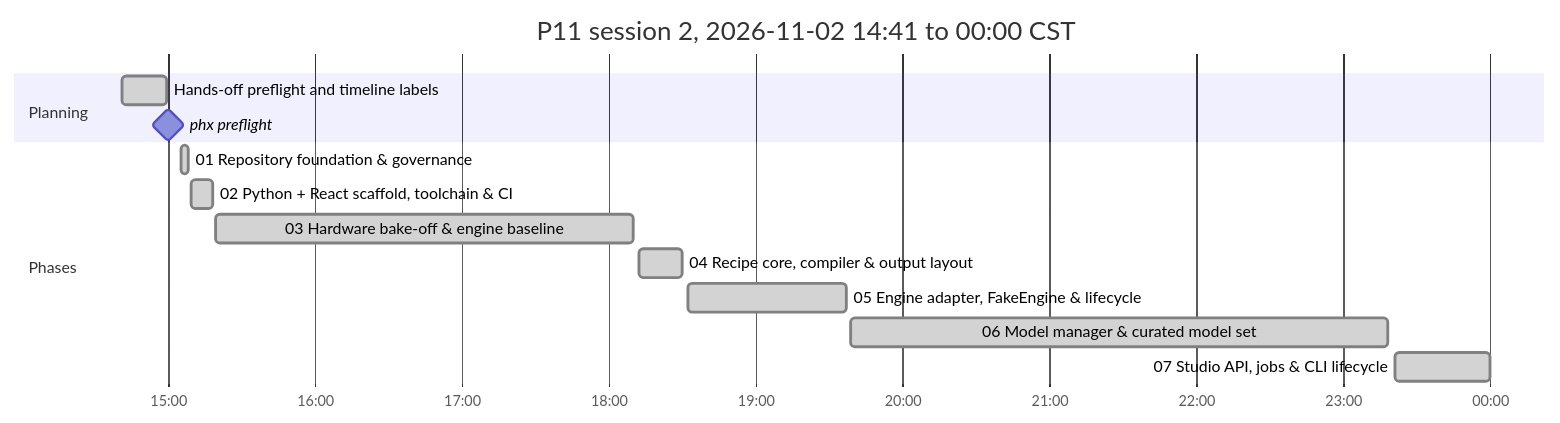
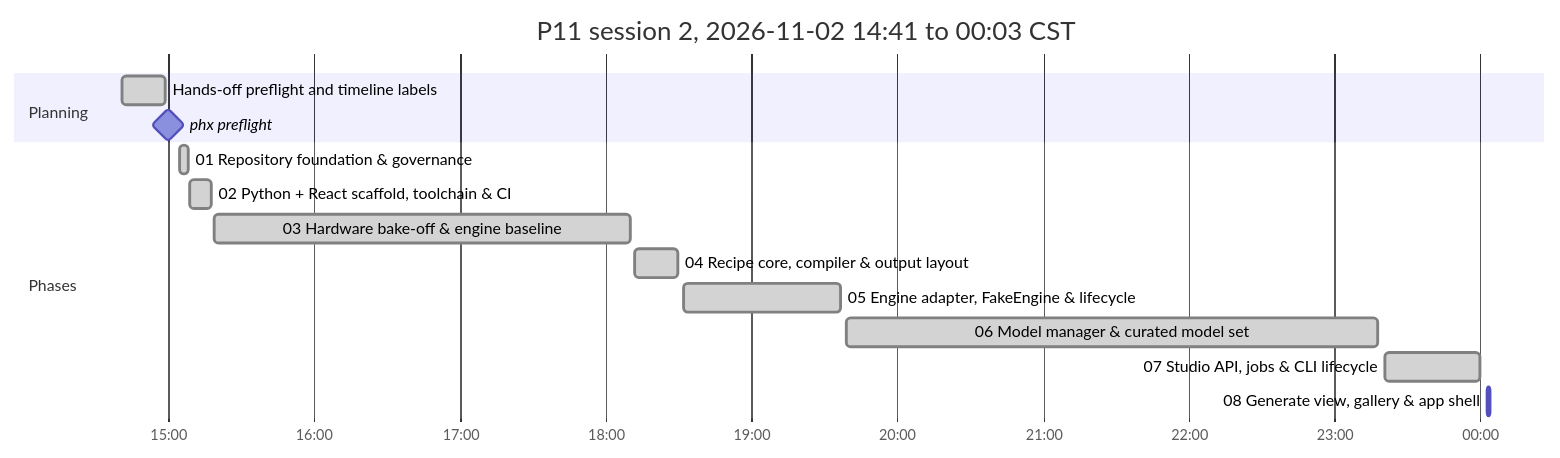
The second of 2 diagrams in P11_IMPLEMENTATION_PLAN.md (antonizick/project1111), drawn with Mermaid before and after one commit. The commit also changed other lines of this file and 1 other file, not shown here.

Commit message:
docs(plan): refresh timeline

````diff
--- a/P11_IMPLEMENTATION_PLAN.md
+++ b/P11_IMPLEMENTATION_PLAN.md
@@ -74,17 +74,18 @@
 ```mermaid
 gantt
-    title P11 session 2, 2026-11-02 14:41 to 00:00 CST
+    title P11 session 2, 2026-11-02 14:41 to 00:03 CST
     dateFormat YYYY-MM-DD HH:mm
     axisFormat %H:%M
     section Planning
     Hands-off preflight and timeline labels :done, plan3, 2026-11-02 14:41, 2026-11-02 14:59
     phx preflight :milestone, pf13ee0d5, 2026-11-02 15:00, 0m
     section Phases
     01 Repository foundation & governance :done, p01s2, 2026-11-02 15:05, 2026-11-02 15:08
     02 Python + React scaffold, toolchain & CI :done, p02s2, 2026-11-02 15:09, 2026-11-02 15:18
     03 Hardware bake-off & engine baseline :done, p03s2, 2026-11-02 15:19, 2026-11-02 18:10
     04 Recipe core, compiler & output layout :done, p04s2, 2026-11-02 18:12, 2026-11-02 18:30
     05 Engine adapter, FakeEngine & lifecycle :done, p05s2, 2026-11-02 18:32, 2026-11-02 19:37
     06 Model manager & curated model set :done, p06s2, 2026-11-02 19:39, 2026-11-02 23:18
     07 Studio API, jobs & CLI lifecycle :done, p07s2, 2026-11-02 23:21, 2026-11-03 00:00
+    08 Generate view, gallery & app shell :active, p08s2, 2026-11-03 00:03, 2026-11-03 00:04
 ```
````
